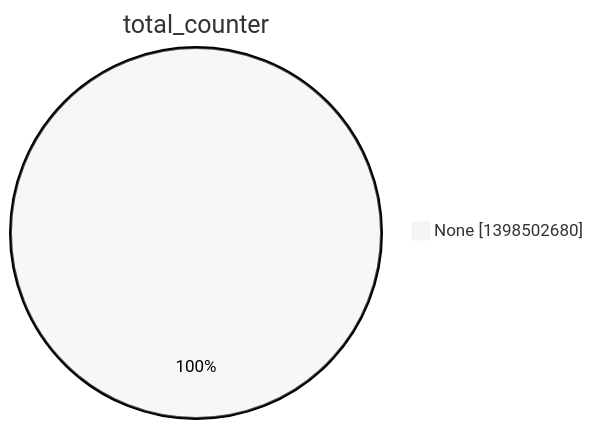
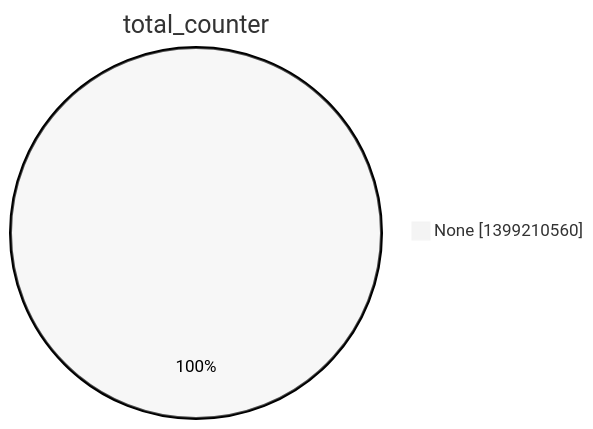
The second of 15 diagrams in argon2022/README.md (christiankrug/ctmonitor_visualization), drawn with Mermaid (neutral theme) before and after one commit. The commit also changed other lines of this file, not shown here.

````diff
--- a/argon2022/README.md
+++ b/argon2022/README.md
@@ -9,5 +9,5 @@
 ```mermaid
 pie showData
 title total_counter
-"None" :1398502680
+"None" :1399210560
 ```
````
